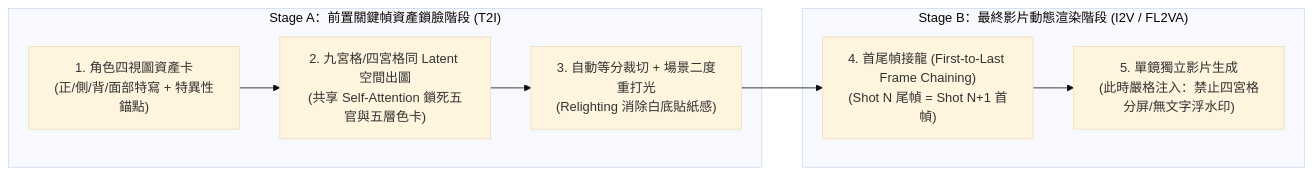
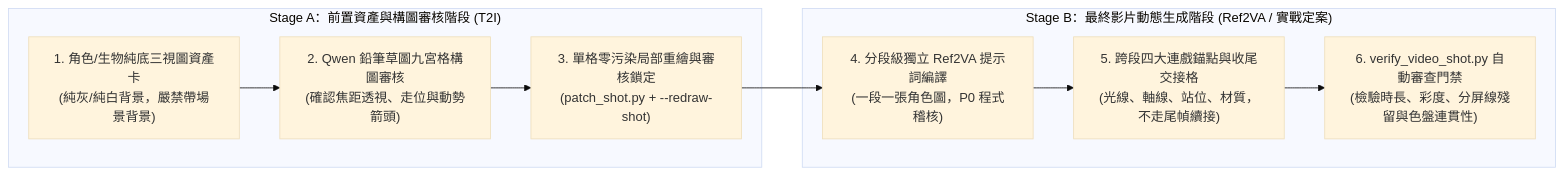
One commit to ayase0307/ai-comic-drama changed the first of 2 diagrams in references/storyboard/anime-drama-grid-and-continuity.md. Above: the diagram before and after it, drawn with Mermaid (base theme). The commit also changed other lines of this file and 9 other files, not shown here.

````diff
--- a/references/storyboard/anime-drama-grid-and-continuity.md
+++ b/references/storyboard/anime-drama-grid-and-continuity.md
@@ -11,12 +11,13 @@
 ```mermaid
 flowchart LR
-    subgraph StageA["Stage A：前置關鍵幀資產鎖臉階段 (T2I)"]
-        S1["1. 角色四視圖資產卡<br/>(正/側/背/面部特寫 + 特異性錨點)"] --> S2["2. 九宮格/四宮格同 Latent 空間出圖<br/>(共享 Self-Attention 鎖死五官與五層色卡)"]
-        S2 --> S3["3. 自動等分裁切 + 場景二度重打光<br/>(Relighting 消除白底貼紙感)"]
+    subgraph StageA["Stage A：前置資產與構圖審核階段 (T2I)"]
+        S1["1. 角色/生物純底三視圖資產卡<br/>(純灰/純白背景，嚴禁帶場景背景)"] --> S2["2. Qwen 鉛筆草圖九宮格構圖審核<br/>(確認焦距透視、走位與動勢箭頭)"]
+        S2 --> S3["3. 單格零污染局部重繪與審核鎖定<br/>(patch_shot.py + --redraw-shot)"]
     end
 
-    subgraph StageB["Stage B：最終影片動態渲染階段 (I2V / FL2VA)"]
-        S3 --> S4["4. 首尾幀接龍 (First-to-Last Frame Chaining)<br/>(Shot N 尾幀 = Shot N+1 首幀)"]
-        S4 --> S5["5. 單鏡獨立影片生成<br/>(此時嚴格注入：禁止四宮格分屏/無文字浮水印)"]
+    subgraph StageB["Stage B：最終影片動態生成階段 (Ref2VA / 實戰定案)"]
+        S3 --> S4["4. 分段級獨立 Ref2VA 提示詞編譯<br/>(一段一張角色圖，P0 程式稽核)"]
+        S4 --> S5["5. 跨段四大連戲錨點與收尾交接格<br/>(光線、軸線、站位、材質，不走尾幀續接)"]
+        S5 --> S6["6. verify_video_shot.py 自動審查門禁<br/>(檢驗時長、彩度、分屏線殘留與色盤連貫性)"]
     end
 ```
````
